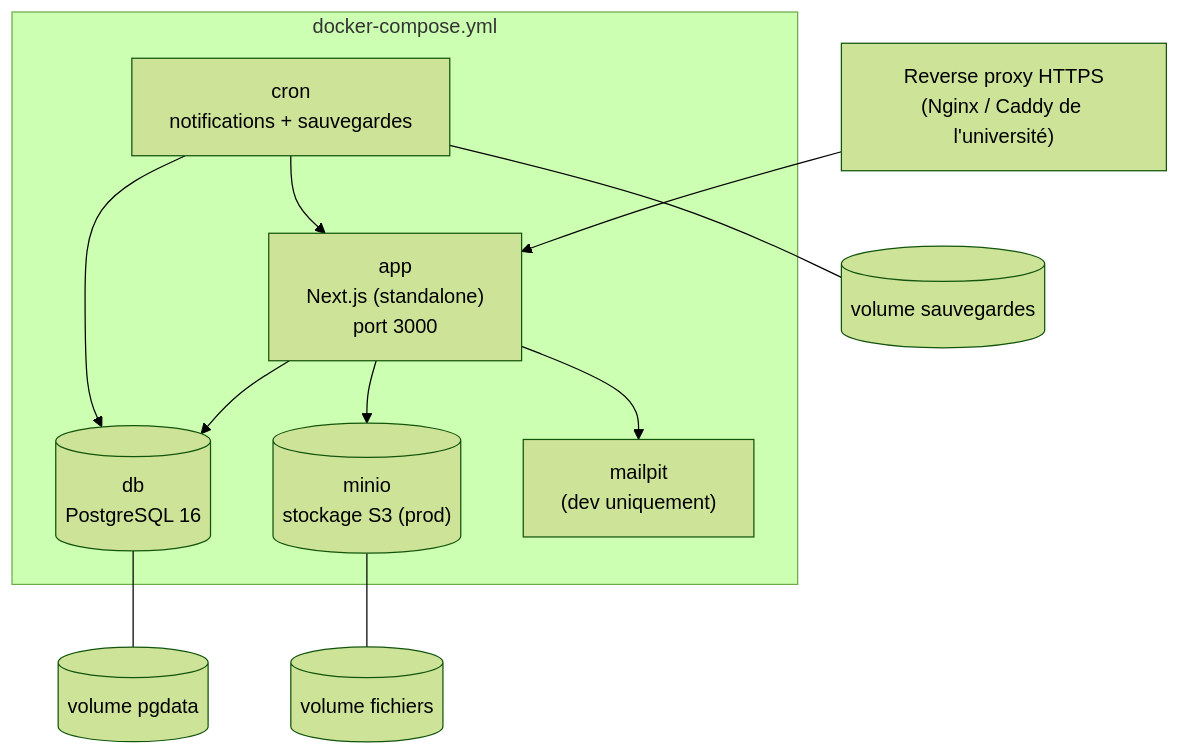
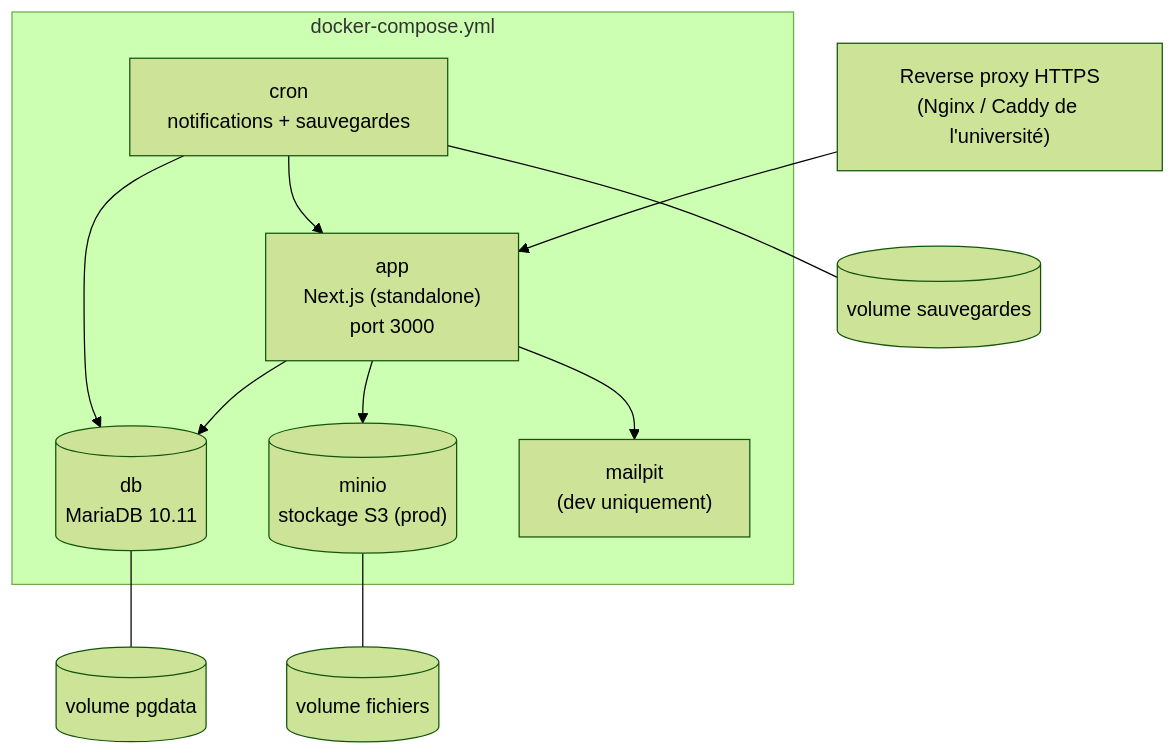
The second of 2 diagrams in docs/architecture.md (sene26/Ressources_Pedagogiques), drawn with Mermaid (forest theme) before and after one commit. The commit also changed other lines of this file and 5 other files, not shown here.

````diff
--- a/docs/architecture.md
+++ b/docs/architecture.md
@@ -150,19 +152,19 @@
 ```mermaid
 flowchart TB
     subgraph compose["docker-compose.yml"]
         app["app<br/>Next.js (standalone)<br/>port 3000"]
-        db[("db<br/>PostgreSQL 16")]
+        db[("db<br/>MariaDB 10.11")]
         minio[("minio<br/>stockage S3 (prod)")]
         cron["cron<br/>notifications + sauvegardes"]
         mailpit["mailpit<br/>(dev uniquement)"]
     end
     rp["Reverse proxy HTTPS<br/>(Nginx / Caddy de l'université)"] --> app
     app --> db
     app --> minio
     app --> mailpit
     cron --> app
     cron --> db
     db --- vdb[(volume pgdata)]
     minio --- vfs[(volume fichiers)]
     cron --- vbk[(volume sauvegardes)]
 ```
````
